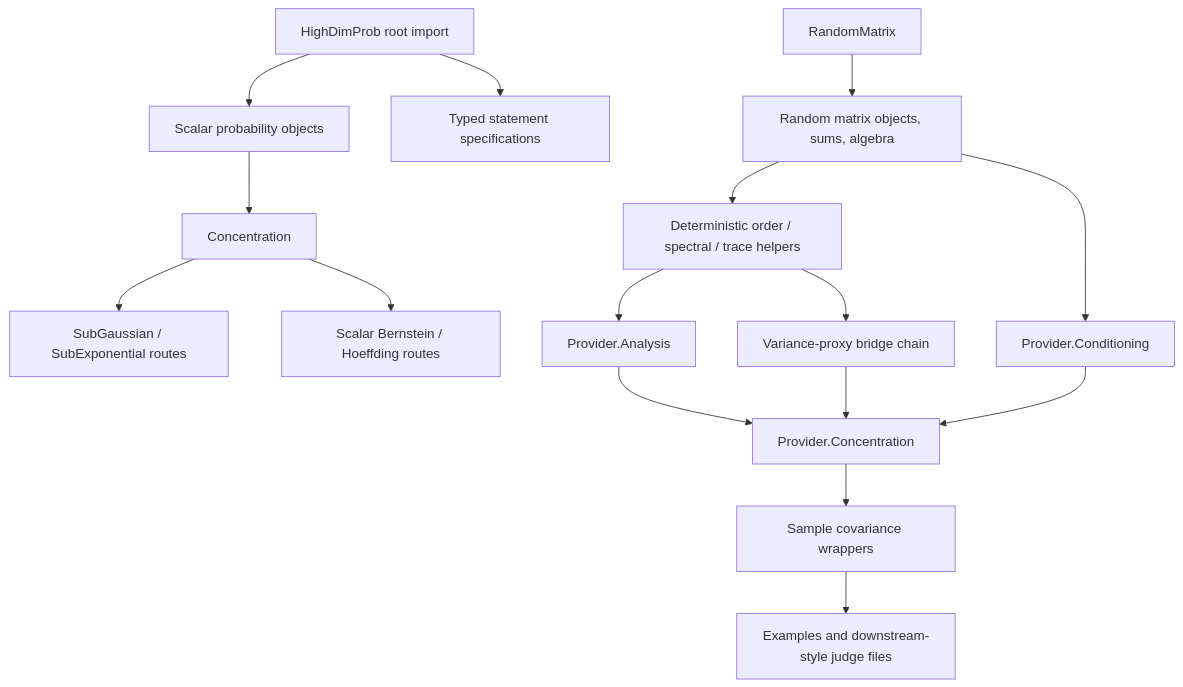
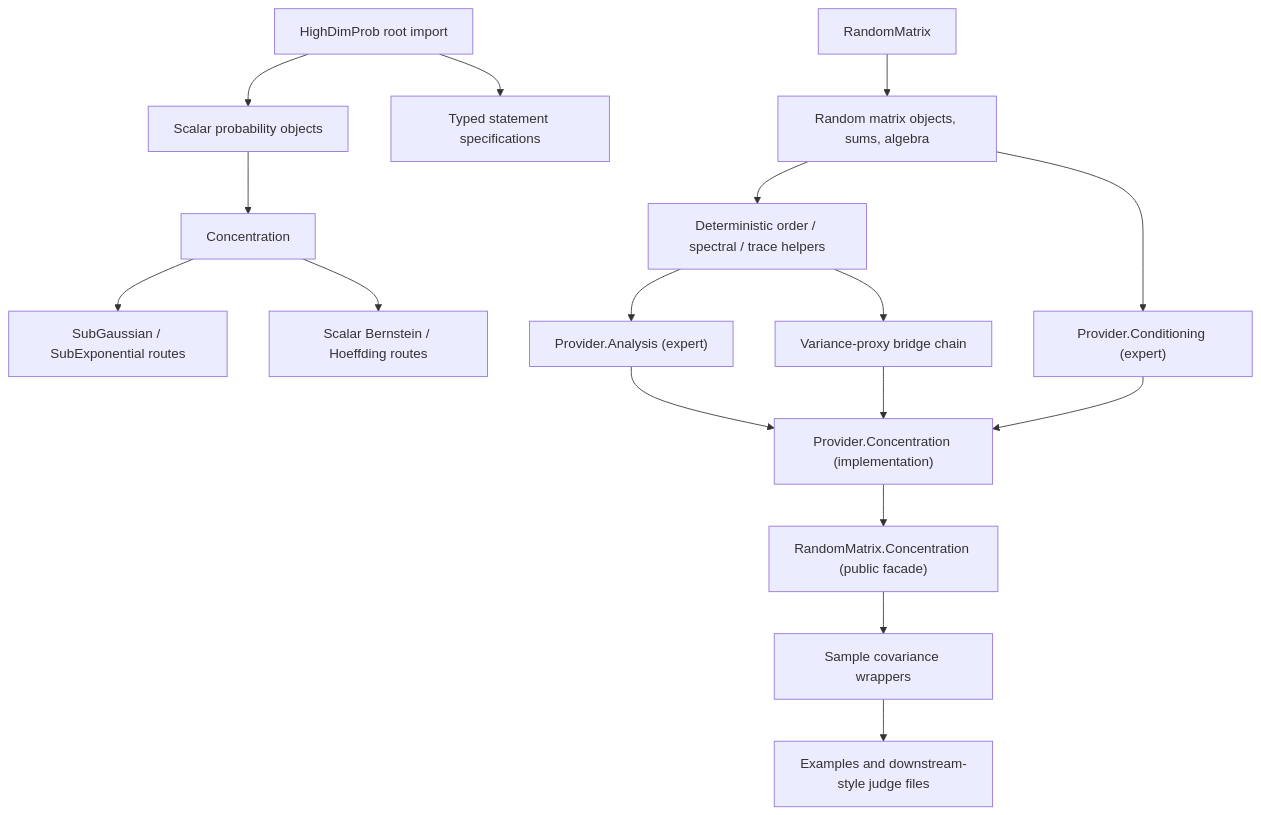
Before and after one commit to dududuguo/HighDimProb: the diagram in docs/APIOverview.md, drawn with Mermaid. The commit also changed other lines of this file and 19 other files, not shown here.

First line of the commit message:
RandomMatrix: clarify public concentration import boundary

````diff
--- a/docs/APIOverview.md
+++ b/docs/APIOverview.md
@@ -50,20 +58,21 @@
 ```mermaid
 flowchart TD
   Root["HighDimProb root import"] --> Scalar["Scalar probability objects"]
   Root --> Statements["Typed statement specifications"]
 
   Scalar --> Conc["Concentration"]
   Conc --> SG["SubGaussian / SubExponential routes"]
   Conc --> Bern["Scalar Bernstein / Hoeffding routes"]
 
   RM["RandomMatrix"] --> RMObj["Random matrix objects, sums, algebra"]
   RMObj --> Det["Deterministic order / spectral / trace helpers"]
-  Det --> Analytic["Provider.Analysis"]
-  RMObj --> Cond["Provider.Conditioning"]
+  Det --> Analytic["Provider.Analysis (expert)"]
+  RMObj --> Cond["Provider.Conditioning (expert)"]
   Det --> VP["Variance-proxy bridge chain"]
-  Analytic --> MB["Provider.Concentration"]
+  Analytic --> MB["Provider.Concentration (implementation)"]
   Cond --> MB
   VP --> MB
-  MB --> SCov["Sample covariance wrappers"]
+  MB --> PublicConc["RandomMatrix.Concentration (public facade)"]
+  PublicConc --> SCov["Sample covariance wrappers"]
   SCov --> Ex["Examples and downstream-style judge files"]
 ```
````
